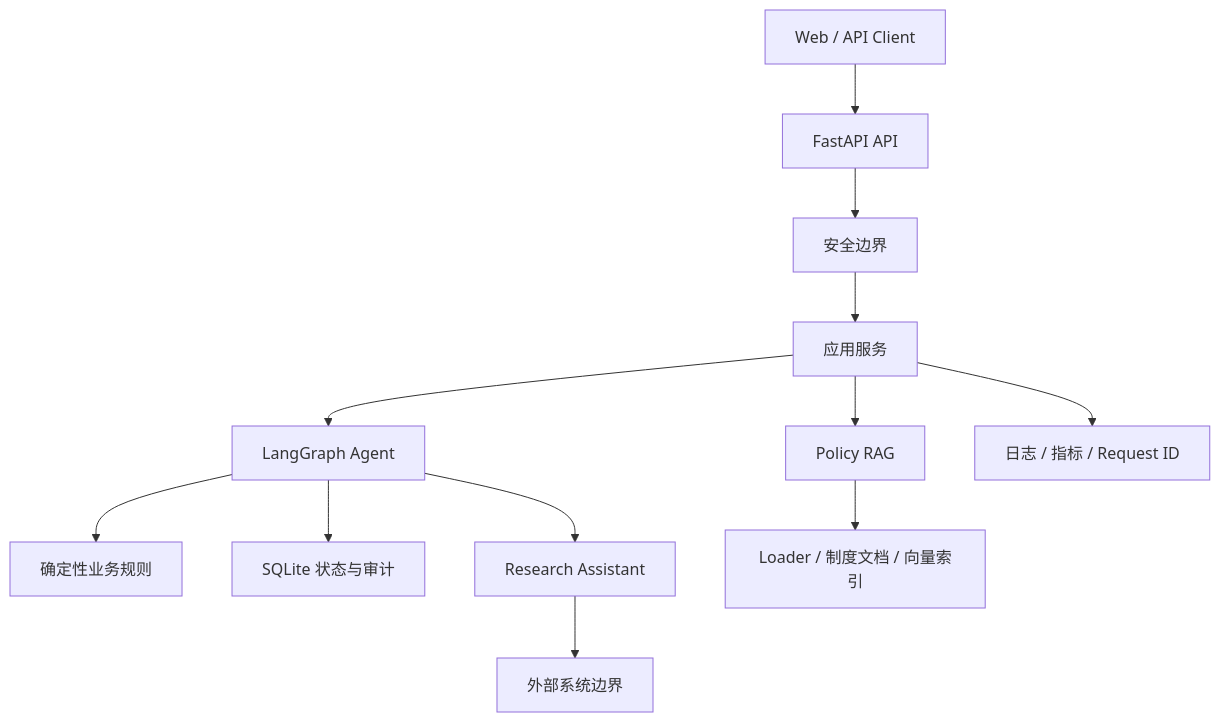
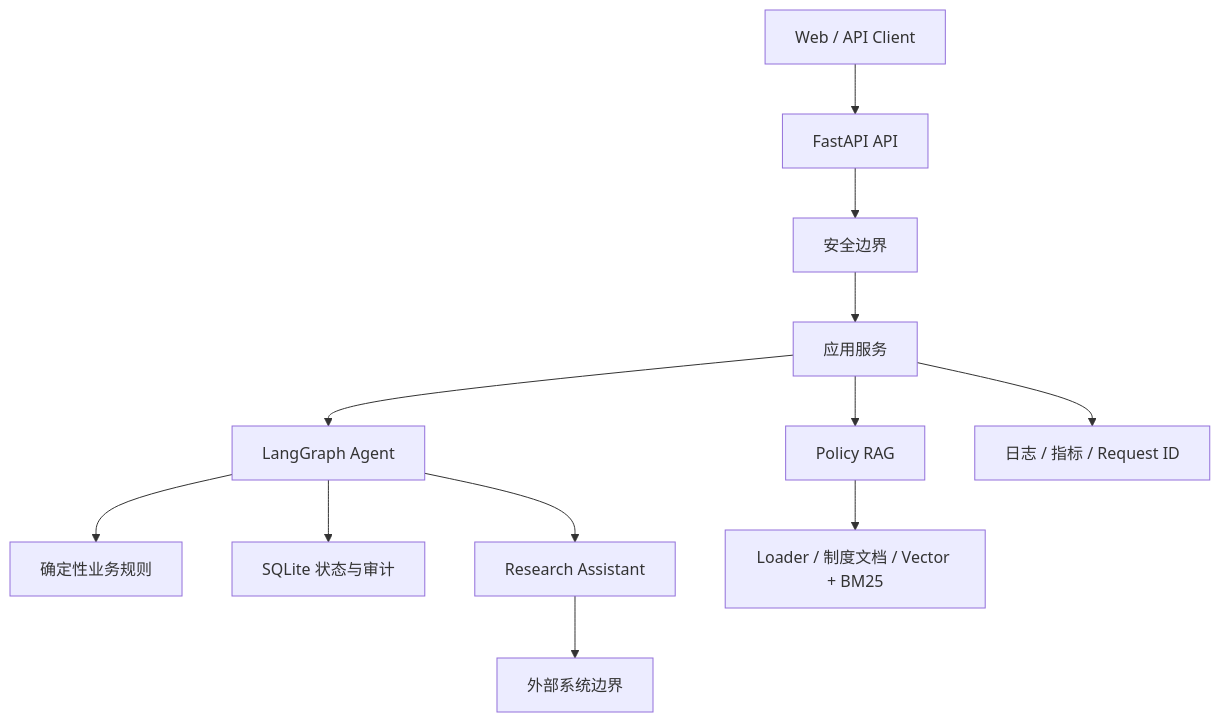
One commit to greyle12/enterprise-policy-agent changed the first of 3 diagrams in docs/system_architecture.md. Above: the diagram before and after it, drawn with Mermaid. The commit also changed other lines of this file and 14 other files, not shown here.

````diff
--- a/docs/system_architecture.md
+++ b/docs/system_architecture.md
@@ -7,14 +7,14 @@
 ```mermaid
 flowchart TD
     Client["Web / API Client"] --> API["FastAPI API"]
     API --> Security["安全边界"]
     Security --> Services["应用服务"]
     Services --> Agent["LangGraph Agent"]
     Services --> RAG["Policy RAG"]
     Agent --> Rules["确定性业务规则"]
     Agent --> State["SQLite 状态与审计"]
     Agent --> Research["Research Assistant"]
-    RAG --> Policies["Loader / 制度文档 / 向量索引"]
+    RAG --> Policies["Loader / 制度文档 / Vector + BM25"]
     Research --> External["外部系统边界"]
     Services --> Observe["日志 / 指标 / Request ID"]
 ```
````
